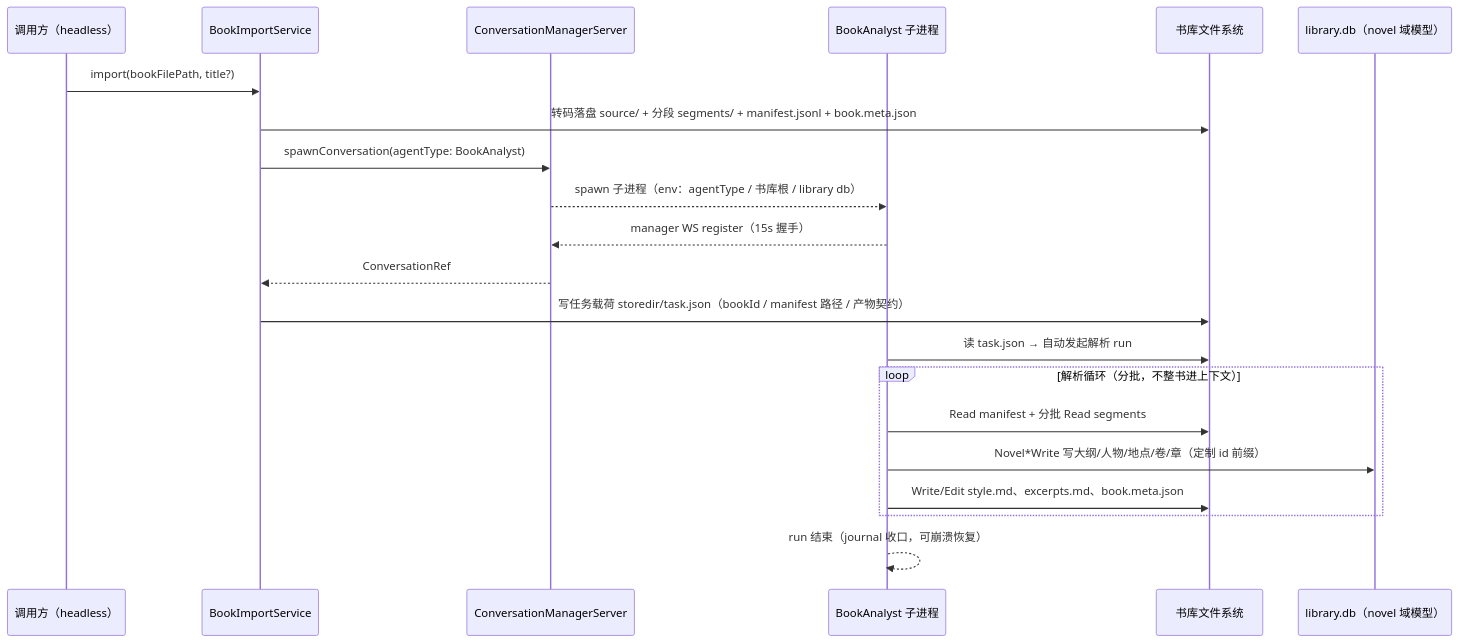
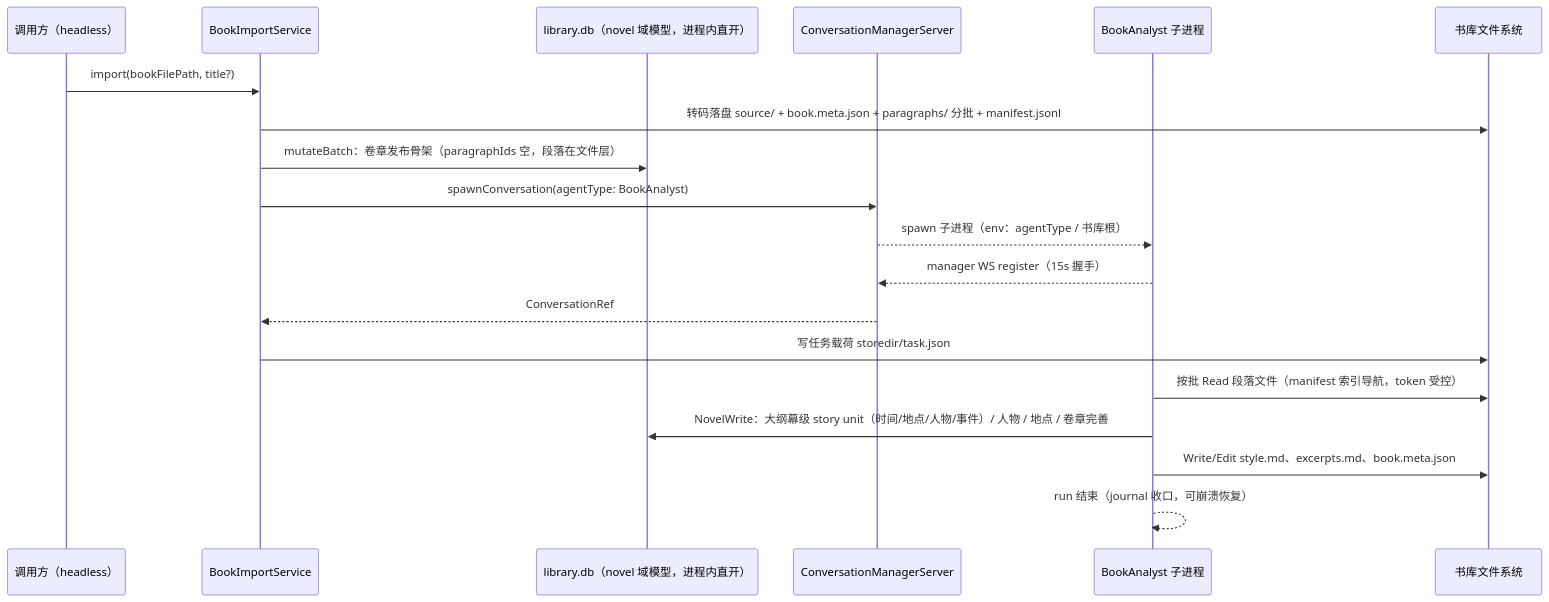
One commit to fanghuarunbalala/nova-writing changed the second of 5 diagrams in docs/PRD/library-完本解构.md. Above: the diagram before and after it, drawn with Mermaid. The commit also changed other lines of this file, not shown here.

Commit message:
docs(prd): library-完本解构 PRD v0.2——书库全景：大纲/卷章解耦 + LibraryService 门面 + 工作区书单 + 长上下文评测

````diff
--- a/docs/PRD/library-完本解构.md
+++ b/docs/PRD/library-完本解构.md
@@ -51,24 +60,22 @@
 ```mermaid
 sequenceDiagram
     participant U as 调用方（headless）
     participant IMP as BookImportService
+    participant DB as library.db（novel 域模型，进程内直开）
     participant CMS as ConversationManagerServer
     participant CH as BookAnalyst 子进程
     participant FS as 书库文件系统
-    participant DB as library.db（novel 域模型）
 
     U->>IMP: import(bookFilePath, title?)
-    IMP->>FS: 转码落盘 source/ + 分段 segments/ + manifest.jsonl + book.meta.json
+    IMP->>FS: 转码落盘 source/ + book.meta.json + paragraphs/ 分批 + manifest.jsonl
+    IMP->>DB: mutateBatch：卷章发布骨架（paragraphIds 空，段落在文件层）
     IMP->>CMS: spawnConversation(agentType: BookAnalyst)
-    CMS-->>CH: spawn 子进程（env：agentType / 书库根 / library db）
+    CMS-->>CH: spawn 子进程（env：agentType / 书库根）
     CH-->>CMS: manager WS register（15s 握手）
     CMS-->>IMP: ConversationRef
-    IMP->>FS: 写任务载荷 storedir/task.json（bookId / manifest 路径 / 产物契约）
-    CH->>FS: 读 task.json → 自动发起解析 run
-    loop 解析循环（分批，不整书进上下文）
-        CH->>FS: Read manifest + 分批 Read segments
-        CH->>DB: Novel*Write 写大纲/人物/地点/卷/章（定制 id 前缀）
-        CH->>FS: Write/Edit style.md、excerpts.md、book.meta.json
-    end
+    IMP->>FS: 写任务载荷 storedir/task.json
+    CH->>FS: 按批 Read 段落文件（manifest 索引导航，token 受控）
+    CH->>DB: NovelWrite：大纲幕级 story unit（时间/地点/人物/事件）/ 人物 / 地点 / 卷章完善
+    CH->>FS: Write/Edit style.md、excerpts.md、book.meta.json
     CH-->>CH: run 结束（journal 收口，可崩溃恢复）
 ```
````
